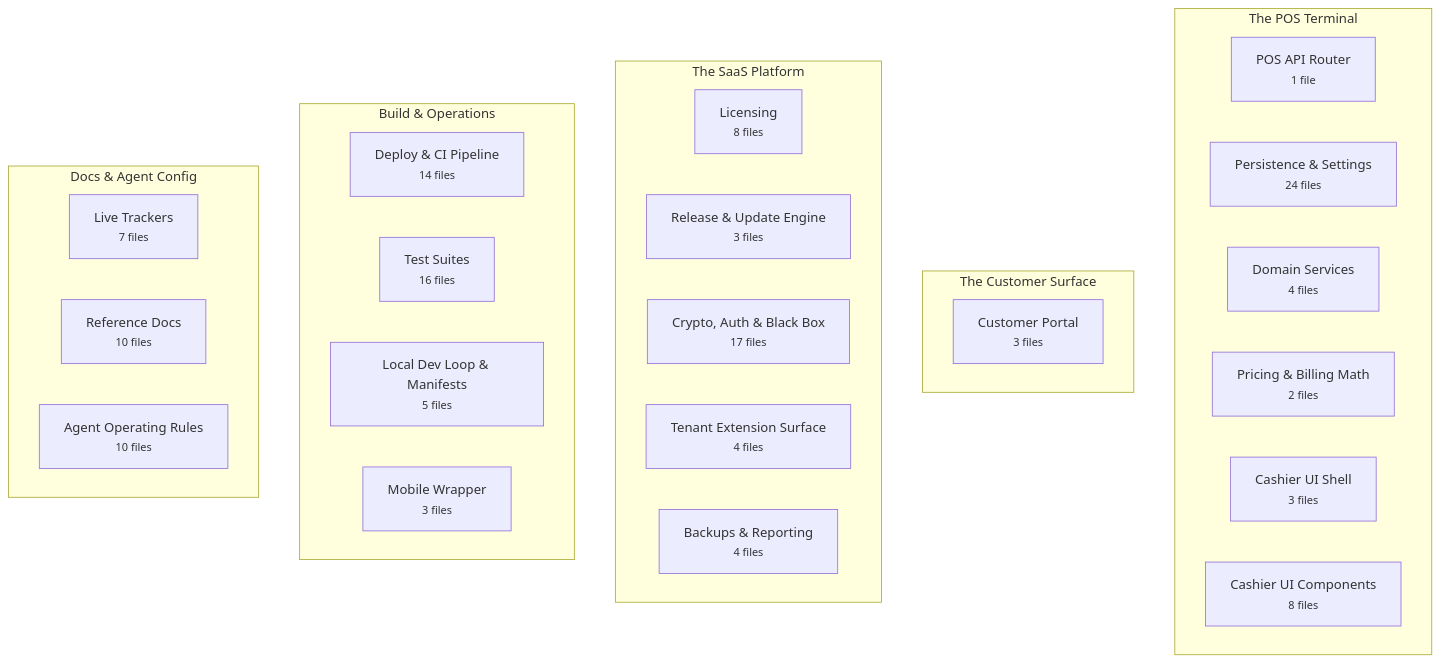
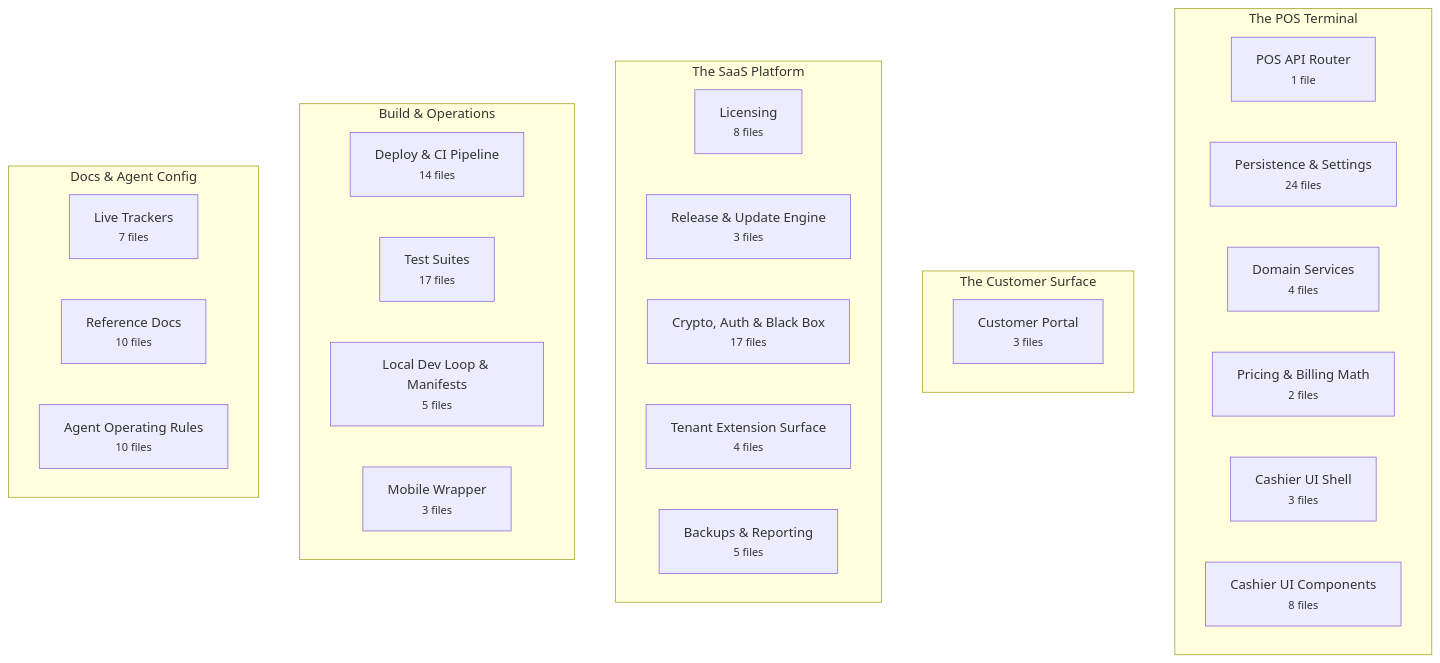
One commit to Vishalnayak226/gold_pos changed the first of 2 diagrams in docs/brain/BRAIN.md. Above: the diagram before and after it, drawn with Mermaid. The commit also changed other lines of this file and 18 other files, not shown here.

````diff
--- a/docs/brain/BRAIN.md
+++ b/docs/brain/BRAIN.md
@@ -20,37 +20,37 @@
 ```mermaid
 flowchart TB
   subgraph pos["The POS Terminal"]
     direction LR
     pos_api["POS API Router<br/><small>1 file</small>"]
     persistence["Persistence & Settings<br/><small>24 files</small>"]
     domain_services["Domain Services<br/><small>4 files</small>"]
     pricing["Pricing & Billing Math<br/><small>2 files</small>"]
     pos_ui["Cashier UI Shell<br/><small>3 files</small>"]
     pos_components["Cashier UI Components<br/><small>8 files</small>"]
   end
   subgraph customer["The Customer Surface"]
     direction LR
     customer_portal["Customer Portal<br/><small>3 files</small>"]
   end
   subgraph platform["The SaaS Platform"]
     direction LR
     licensing["Licensing<br/><small>8 files</small>"]
     updates["Release & Update Engine<br/><small>3 files</small>"]
     security["Crypto, Auth & Black Box<br/><small>17 files</small>"]
     extensions["Tenant Extension Surface<br/><small>4 files</small>"]
-    maintenance["Backups & Reporting<br/><small>4 files</small>"]
+    maintenance["Backups & Reporting<br/><small>5 files</small>"]
   end
   subgraph ops["Build & Operations"]
     direction LR
     deploy["Deploy & CI Pipeline<br/><small>14 files</small>"]
-    tests["Test Suites<br/><small>16 files</small>"]
+    tests["Test Suites<br/><small>17 files</small>"]
     dev_loop["Local Dev Loop & Manifests<br/><small>5 files</small>"]
     mobile["Mobile Wrapper<br/><small>3 files</small>"]
   end
   subgraph knowledge["Docs & Agent Config"]
     direction LR
     trackers["Live Trackers<br/><small>7 files</small>"]
     reference["Reference Docs<br/><small>10 files</small>"]
     agent_config["Agent Operating Rules<br/><small>10 files</small>"]
   end
 ```
````
